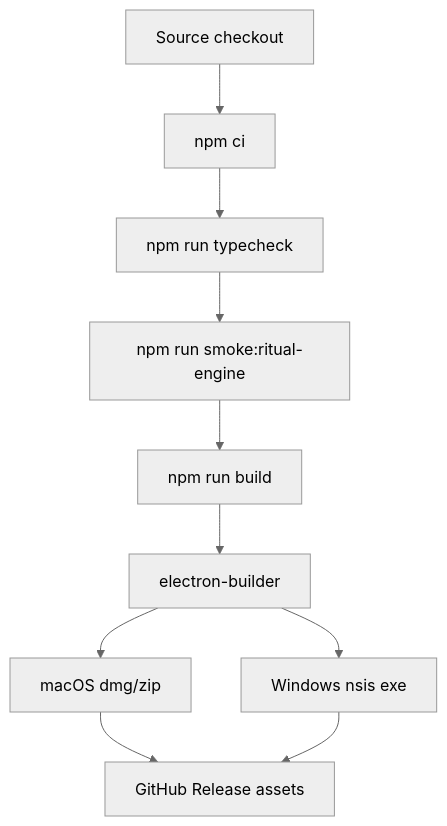
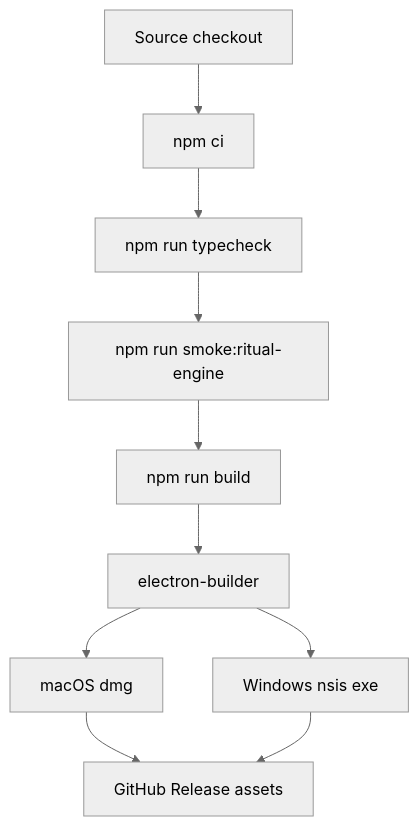
The diagram in specs/007-desktop-release-packaging/plan.md (youxuezhedebot/cyber_incense), drawn with Mermaid (neutral theme) before and after one commit. The commit also changed other lines of this file and 9 other files, not shown here.

````diff
--- a/specs/007-desktop-release-packaging/plan.md
+++ b/specs/007-desktop-release-packaging/plan.md
@@ -65,12 +65,12 @@
 ```mermaid
 flowchart TD
   A["Source checkout"] --> B["npm ci"]
   B --> C["npm run typecheck"]
   C --> D["npm run smoke:ritual-engine"]
   D --> E["npm run build"]
   E --> F["electron-builder"]
-  F --> G["macOS dmg/zip"]
+  F --> G["macOS dmg"]
   F --> H["Windows nsis exe"]
   G --> I["GitHub Release assets"]
   H --> I
 ```
````
